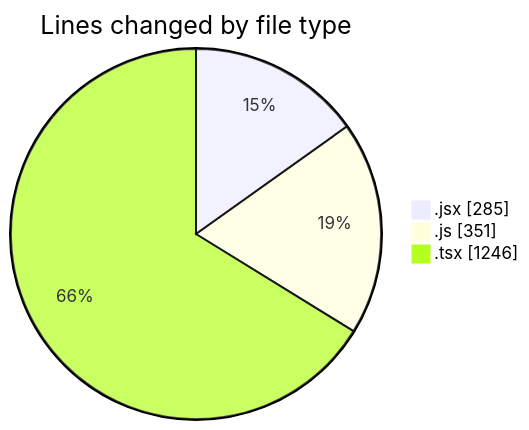
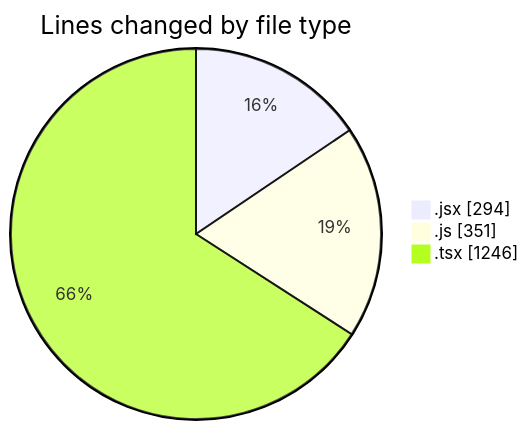
One commit to momahboobian/code-tracking changed the first of 2 diagrams in 2026-02-12/cda/README.md. Above: the diagram before and after it, drawn with Mermaid. The commit also changed other lines of this file and 1 other file, not shown here.

````diff
--- a/2026-02-12/cda/README.md
+++ b/2026-02-12/cda/README.md
@@ -24,7 +24,7 @@
 ```mermaid
 pie showData
 title Lines changed by file type
-".jsx" : 285
+".jsx" : 294
 ".js" : 351
 ".tsx" : 1246
 ```
````
